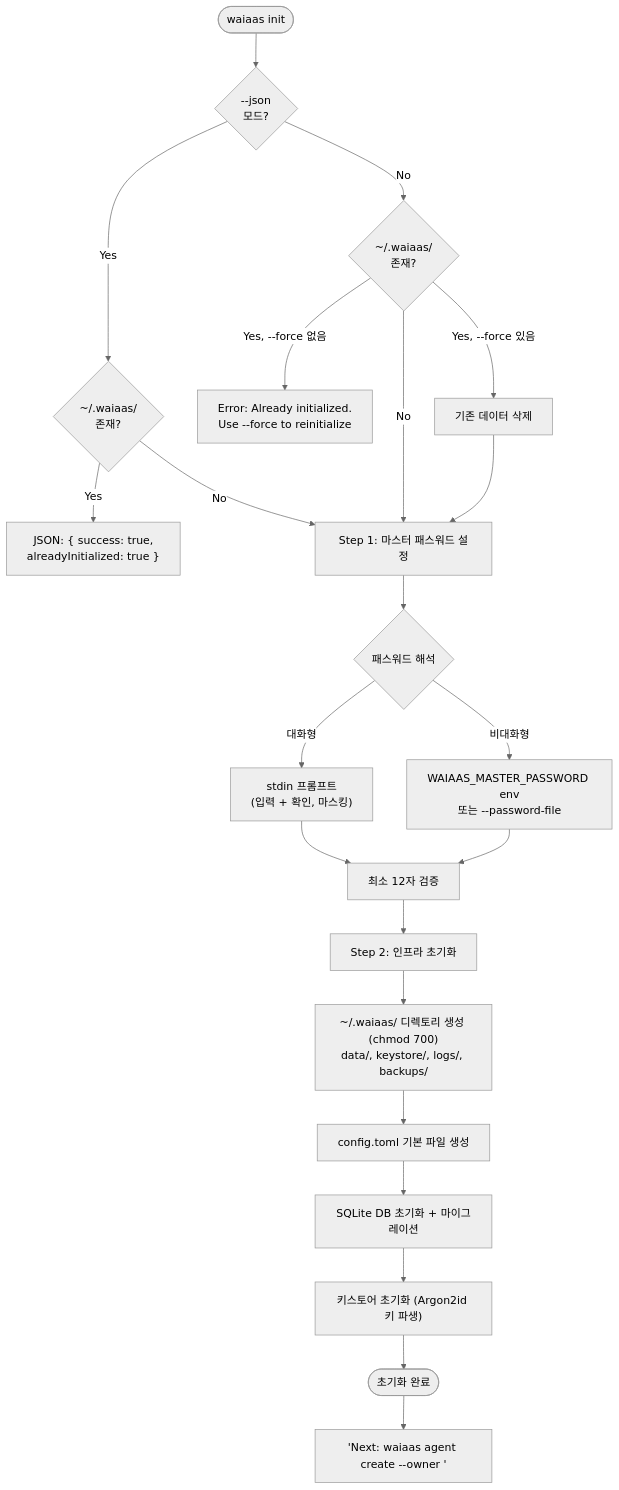
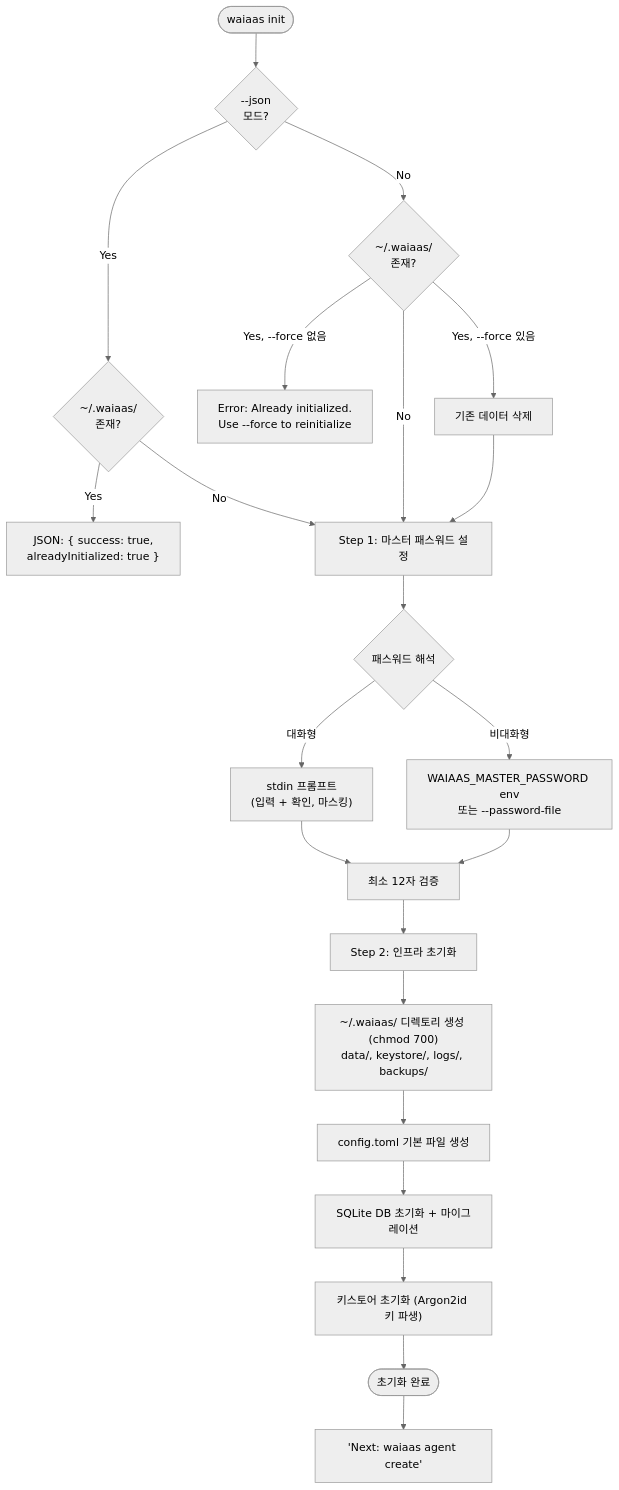
Before and after one commit to minhoyoo-iotrust/WAIaaS: the diagram in .planning/deliverables/54-cli-flow-redesign.md, drawn with Mermaid (neutral theme). The commit also changed other lines of this file, not shown here.

First line of the commit message:
feat(35-01): v0.8 agent create --owner 선택 전환 + 기존 섹션 v0.8 갱신

````diff
--- a/.planning/deliverables/54-cli-flow-redesign.md
+++ b/.planning/deliverables/54-cli-flow-redesign.md
@@ -77,30 +80,30 @@
 ```mermaid
 flowchart TD
     Start([waiaas init]) --> CheckJson{--json<br/>모드?}
 
     CheckJson -->|Yes| CheckExistJson{~/.waiaas/<br/>존재?}
     CheckJson -->|No| CheckExist{~/.waiaas/<br/>존재?}
 
     CheckExistJson -->|Yes| IdempotentReturn["JSON: { success: true,<br/>alreadyInitialized: true }"]
     CheckExistJson -->|No| Step1
 
     CheckExist -->|Yes, --force 없음| AlreadyInit["Error: Already initialized.<br/>Use --force to reinitialize"]
     CheckExist -->|Yes, --force 있음| ForceClean["기존 데이터 삭제"]
     CheckExist -->|No| Step1
     ForceClean --> Step1
 
     Step1[Step 1: 마스터 패스워드 설정]
     Step1 --> ResolvePassword{패스워드 해석}
     ResolvePassword -->|대화형| PWPrompt["stdin 프롬프트<br/>(입력 + 확인, 마스킹)"]
     ResolvePassword -->|비대화형| PWEnvOrFile["WAIAAS_MASTER_PASSWORD env<br/>또는 --password-file"]
     PWPrompt --> ValidatePW[최소 12자 검증]
     PWEnvOrFile --> ValidatePW
 
     ValidatePW --> Step2[Step 2: 인프라 초기화]
     Step2 --> Dir["~/.waiaas/ 디렉토리 생성 (chmod 700)<br/>data/, keystore/, logs/, backups/"]
     Dir --> Config["config.toml 기본 파일 생성"]
     Config --> DBInit["SQLite DB 초기화 + 마이그레이션"]
     DBInit --> KSInit["키스토어 초기화 (Argon2id 키 파생)"]
     KSInit --> Done([초기화 완료])
-    Done --> NextStep["'Next: waiaas agent create --owner <addr>'"]
+    Done --> NextStep["'Next: waiaas agent create'"]
 ```
````
